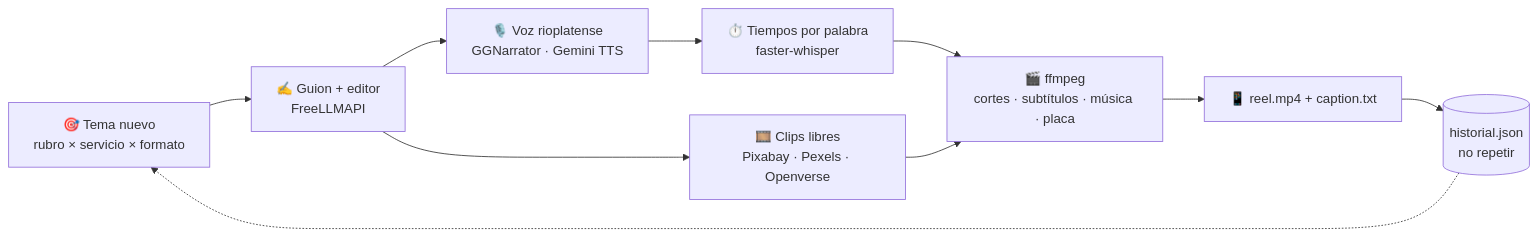
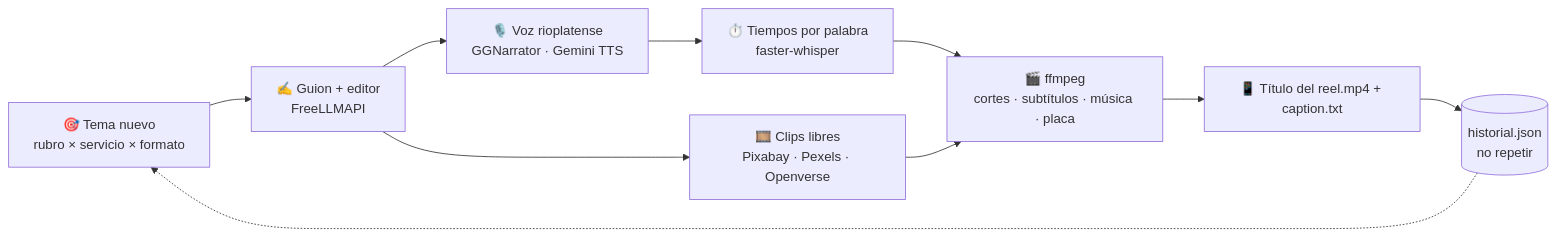
Before and after one commit to themortamc/mortline: the diagram in README.md, drawn with Mermaid. The commit also changed other lines of this file and 1 other file, not shown here.

Commit message:
El video sale con el nombre de su título (ej: «Fiado sin perder la cuenta.mp4»)

````diff
--- a/README.md
+++ b/README.md
@@ -32,12 +32,12 @@
 ```mermaid
 flowchart LR
     A[🎯 Tema nuevo<br/>rubro × servicio × formato] --> B[✍️ Guion + editor<br/>FreeLLMAPI]
     B --> C[🎙️ Voz rioplatense<br/>GGNarrator · Gemini TTS]
     C --> D[⏱️ Tiempos por palabra<br/>faster-whisper]
     B --> E[🎞️ Clips libres<br/>Pixabay · Pexels · Openverse]
     D --> F[🎬 ffmpeg<br/>cortes · subtítulos · música · placa]
     E --> F
-    F --> G[📱 reel.mp4 + caption.txt]
+    F --> G[📱 Título del reel.mp4 + caption.txt]
     G --> H[(historial.json<br/>no repetir)]
     H -.-> A
 ```
````
